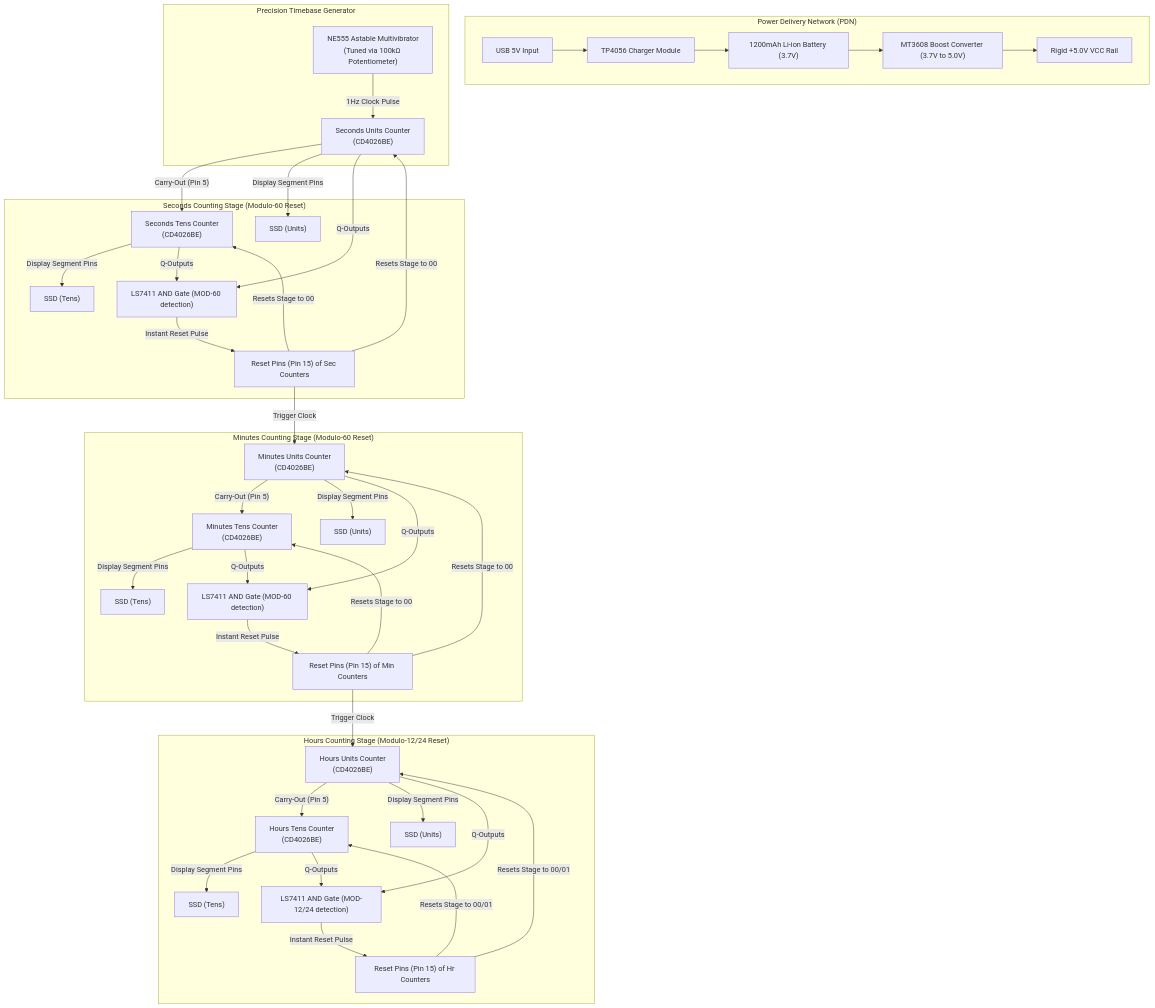
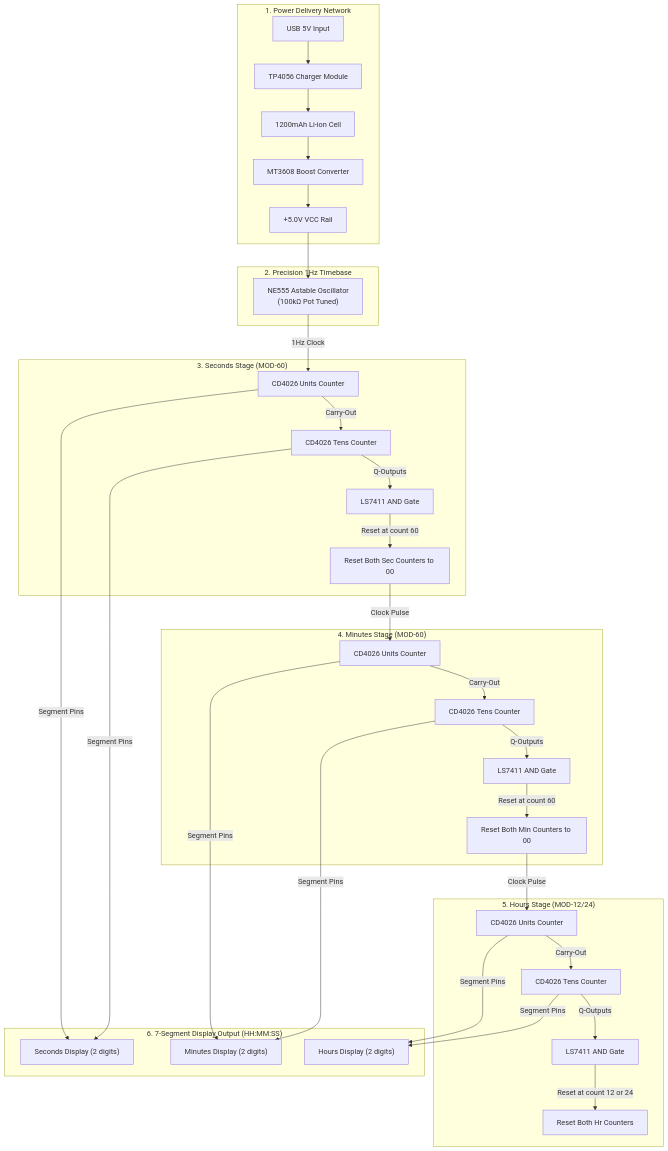
The diagram in README.md (Balaji-008/discrete-logic-clock), drawn with Mermaid before and after one commit.

Commit message:
style: redesign Mermaid system architecture to clean chronological top-down pipeline layout

````diff
--- a/README.md
+++ b/README.md
@@ -29,58 +29,58 @@
 ```mermaid
 graph TD
-    %% Power Delivery Network
-    subgraph Power["Power Delivery Network (PDN)"]
+    %% Step 1: Power
+    subgraph PowerStage["1. Power Delivery Network"]
         USB["USB 5V Input"] --> TP4056["TP4056 Charger Module"]
-        TP4056 --> LiIon["1200mAh Li-ion Battery (3.7V)"]
-        LiIon --> Boost["MT3608 Boost Converter (3.7V to 5.0V)"]
-        Boost --> VCC["Rigid +5.0V VCC Rail"]
+        TP4056 --> LiIon["1200mAh Li-ion Cell"]
+        LiIon --> Boost["MT3608 Boost Converter"]
+        Boost --> VCC["+5.0V VCC Rail"]
     end
 
-    %% Timebase
-    subgraph Timebase["Precision Timebase Generator"]
-        NE555["NE555 Astable Multivibrator<br>(Tuned via 100kΩ Potentiometer)"] -->|1Hz Clock Pulse| SecUnits
+    %% Step 2: Timebase
+    subgraph TimebaseStage["2. Precision 1Hz Timebase"]
+        NE555["NE555 Astable Oscillator<br>(100kΩ Pot Tuned)"]
     end
 
-    %% Seconds Counting Stage
-    subgraph Seconds["Seconds Counting Stage (Modulo-60 Reset)"]
-        SecUnits["Seconds Units Counter<br>(CD4026BE)"] -->|"Carry-Out (Pin 5)"| SecTens["Seconds Tens Counter<br>(CD4026BE)"]
-        SecUnits -->|Display Segment Pins| DispSecU["SSD (Units)"]
-        SecTens -->|Display Segment Pins| DispSecT["SSD (Tens)"]
-        
-        SecTens -->|Q-Outputs| SecAND["LS7411 AND Gate (MOD-60 detection)"]
-        SecUnits -->|Q-Outputs| SecAND
-        SecAND -->|Instant Reset Pulse| ResetSec["Reset Pins (Pin 15) of Sec Counters"]
-        ResetSec -->|Resets Stage to 00| SecUnits
-        ResetSec -->|Resets Stage to 00| SecTens
+    VCC --> NE555
+
+    %% Step 3: Seconds
+    subgraph SecStage["3. Seconds Stage (MOD-60)"]
+        SecU["CD4026 Units Counter"] -->|Carry-Out| SecT["CD4026 Tens Counter"]
+        SecT -->|Q-Outputs| SecAND["LS7411 AND Gate"]
+        SecAND -->|"Reset at count 60"| SecReset["Reset Both Sec Counters to 00"]
     end
 
-    %% Minutes Counting Stage
-    subgraph Minutes["Minutes Counting Stage (Modulo-60 Reset)"]
-        MinUnits["Minutes Units Counter<br>(CD4026BE)"] -->|"Carry-Out (Pin 5)"| MinTens["Minutes Tens Counter<br>(CD4026BE)"]
-        MinUnits -->|Display Segment Pins| DispMinU["SSD (Units)"]
-        MinTens -->|Display Segment Pins| DispMinT["SSD (Tens)"]
-        
-        MinTens -->|Q-Outputs| MinAND["LS7411 AND Gate (MOD-60 detection)"]
-        MinUnits -->|Q-Outputs| MinAND
-        MinAND -->|Instant Reset Pulse| ResetMin["Reset Pins (Pin 15) of Min Counters"]
-        ResetMin -->|Resets Stage to 00| MinUnits
-        ResetMin -->|Resets Stage to 00| MinTens
+    NE555 -->|1Hz Clock| SecU
+
+    %% Step 4: Minutes
+    subgraph MinStage["4. Minutes Stage (MOD-60)"]
+        MinU["CD4026 Units Counter"] -->|Carry-Out| MinT["CD4026 Tens Counter"]
+        MinT -->|Q-Outputs| MinAND["LS7411 AND Gate"]
+        MinAND -->|"Reset at count 60"| MinReset["Reset Both Min Counters to 00"]
     end
 
-    %% Hours Counting Stage
-    subgraph Hours["Hours Counting Stage (Modulo-12/24 Reset)"]
-        HrUnits["Hours Units Counter<br>(CD4026BE)"] -->|"Carry-Out (Pin 5)"| HrTens["Hours Tens Counter<br>(CD4026BE)"]
-        HrUnits -->|Display Segment Pins| DispHrU["SSD (Units)"]
-        HrTens -->|Display Segment Pins| DispHrT["SSD (Tens)"]
-        
-        HrTens -->|Q-Outputs| HrAND["LS7411 AND Gate (MOD-12/24 detection)"]
-        HrUnits -->|Q-Outputs| HrAND
-        HrAND -->|Instant Reset Pulse| ResetHr["Reset Pins (Pin 15) of Hr Counters"]
-        ResetHr -->|Resets Stage to 00/01| HrUnits
-        ResetHr -->|Resets Stage to 00/01| HrTens
+    SecReset -->|Clock Pulse| MinU
+
+    %% Step 5: Hours
+    subgraph HrStage["5. Hours Stage (MOD-12/24)"]
+        HrU["CD4026 Units Counter"] -->|Carry-Out| HrT["CD4026 Tens Counter"]
+        HrT -->|Q-Outputs| HrAND["LS7411 AND Gate"]
+        HrAND -->|"Reset at count 12 or 24"| HrReset["Reset Both Hr Counters"]
     end
 
-    %% Clock Interstage Bridging
-    ResetSec -->|Trigger Clock| MinUnits
-    ResetMin -->|Trigger Clock| HrUnits
+    MinReset -->|Clock Pulse| HrU
+
+    %% Step 6: Display
+    subgraph DisplayStage["6. 7-Segment Display Output (HH:MM:SS)"]
+        DispSec["Seconds Display (2 digits)"]
+        DispMin["Minutes Display (2 digits)"]
+        DispHr["Hours Display (2 digits)"]
+    end
+
+    SecU -->|Segment Pins| DispSec
+    SecT -->|Segment Pins| DispSec
+    MinU -->|Segment Pins| DispMin
+    MinT -->|Segment Pins| DispMin
+    HrU -->|Segment Pins| DispHr
+    HrT -->|Segment Pins| DispHr
 ```
````
